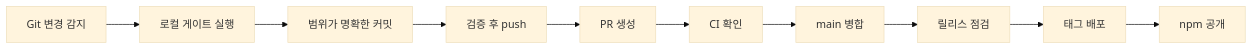
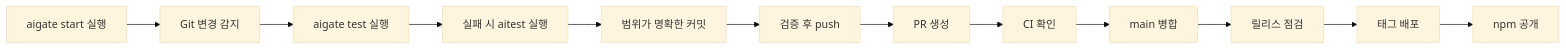
The first of 2 diagrams in docs/operations.ko.md (LeeHueeng/aigate-ai-git-workflow-guard-cli), drawn with Mermaid (base theme) before and after one commit. The commit also changed other lines of this file and 58 other files, not shown here.

First line of the commit message:
feat: add guided start and ai test automation

````diff
--- a/docs/operations.ko.md
+++ b/docs/operations.ko.md
@@ -11,12 +11,14 @@
 ```mermaid
 flowchart LR
-  A["Git 변경 감지"] --> B["로컬 게이트 실행"]
-  B --> C["범위가 명확한 커밋"]
-  C --> D["검증 후 push"]
-  D --> E["PR 생성"]
-  E --> F["CI 확인"]
-  F --> G["main 병합"]
-  G --> H["릴리스 점검"]
-  H --> I["태그 배포"]
-  I --> J["npm 공개"]
+  A["aigate start 실행"] --> B["Git 변경 감지"]
+  B --> C["aigate test 실행"]
+  C --> D["실패 시 aitest 실행"]
+  D --> E["범위가 명확한 커밋"]
+  E --> F["검증 후 push"]
+  F --> G["PR 생성"]
+  G --> H["CI 확인"]
+  H --> I["main 병합"]
+  I --> J["릴리스 점검"]
+  J --> K["태그 배포"]
+  K --> L["npm 공개"]
 ```
````
